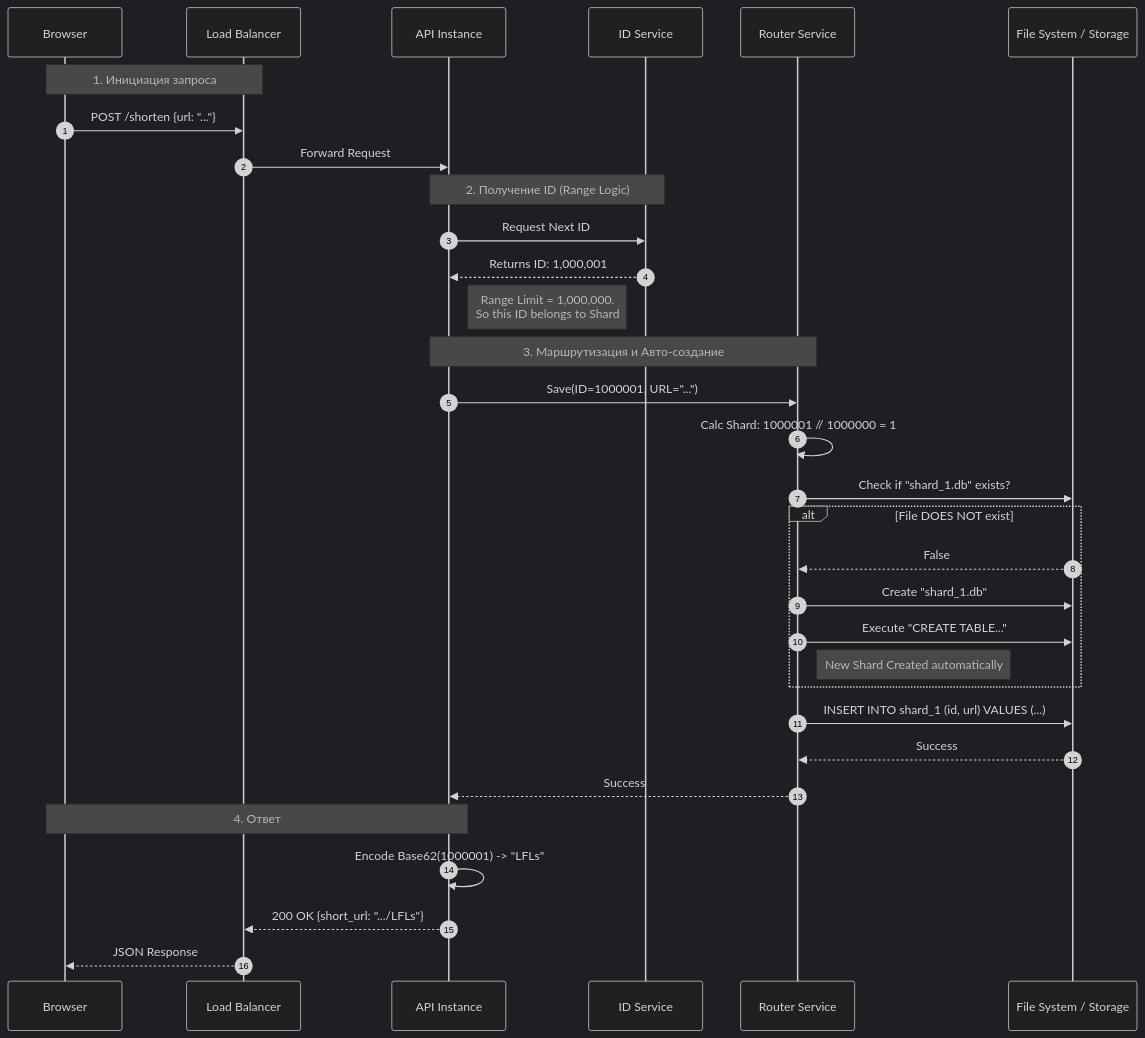
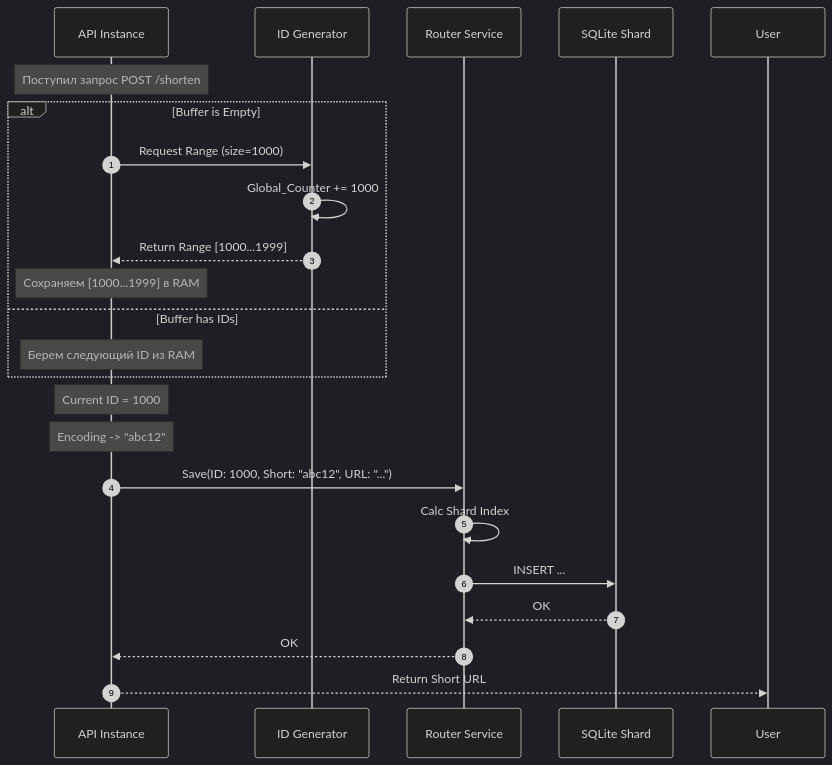
The second of 5 diagrams in docs/tr.md (spbu-ds-practicum-2025/speedrunners), drawn with Mermaid (dark theme) before and after one commit. The commit also changed other lines of this file, not shown here.

````diff
--- a/docs/tr.md
+++ b/docs/tr.md
@@ -213,41 +205,29 @@
 ```mermaid
 sequenceDiagram
     autonumber
-    participant Browser
-    participant Nginx as Load Balancer
     participant API as API Instance
-    participant IDGen as ID Service
+    participant ID as ID Generator
     participant Router as Router Service
-    participant FS as File System / Storage
+    participant DB as SQLite Shard
 
-    Note over Browser, Nginx: 1. Инициация запроса
-    Browser->>Nginx: POST /shorten {url: "..."}
-    Nginx->>API: Forward Request
+    Note over API: Поступил запрос POST /shorten
 
-    Note over API, IDGen: 2. Получение ID (Range Logic)
-    API->>IDGen: Request Next ID
-    IDGen-->>API: Returns ID: 1,000,001
-    Note right of API: Range Limit = 1,000,000.<br/>So this ID belongs to Shard #1
-
-    Note over API, Router: 3. Маршрутизация и Авто-создание
-    API->>Router: Save(ID=1000001, URL="...")
-    
-    Router->>Router: Calc Shard: 1000001 // 1000000 = 1
-    Router->>FS: Check if "shard_1.db" exists?
-    
-    alt File DOES NOT exist
-        FS-->>Router: False
-        Router->>FS: Create "shard_1.db"
-        Router->>FS: Execute "CREATE TABLE..."
-        Note right of Router: New Shard Created automatically
+    alt Buffer is Empty
+        API->>ID: Request Range (size=1000)
+        ID->>ID: Global_Counter += 1000
+        ID-->>API: Return Range [1000...1999]
+        Note over API: Сохраняем [1000...1999] в RAM
+    else Buffer has IDs
+        Note over API: Берем следующий ID из RAM
     end
 
-    Router->>FS: INSERT INTO shard_1 (id, url) VALUES (...)
-    FS-->>Router: Success
-    Router-->>API: Success
-
-    Note over API, Browser: 4. Ответ
-    API->>API: Encode Base62(1000001) -> "LFLs"
-    API-->>Nginx: 200 OK {short_url: ".../LFLs"}
-    Nginx-->>Browser: JSON Response
+    Note over API: Current ID = 1000
+    Note over API: Encoding -> "abc12"
+    
+    API->>Router: Save(ID: 1000, Short: "abc12", URL: "...")
+    Router->>Router: Calc Shard Index
+    Router->>DB: INSERT ...
+    DB-->>Router: OK
+    Router-->>API: OK
+    API-->>User: Return Short URL
 ```
````
